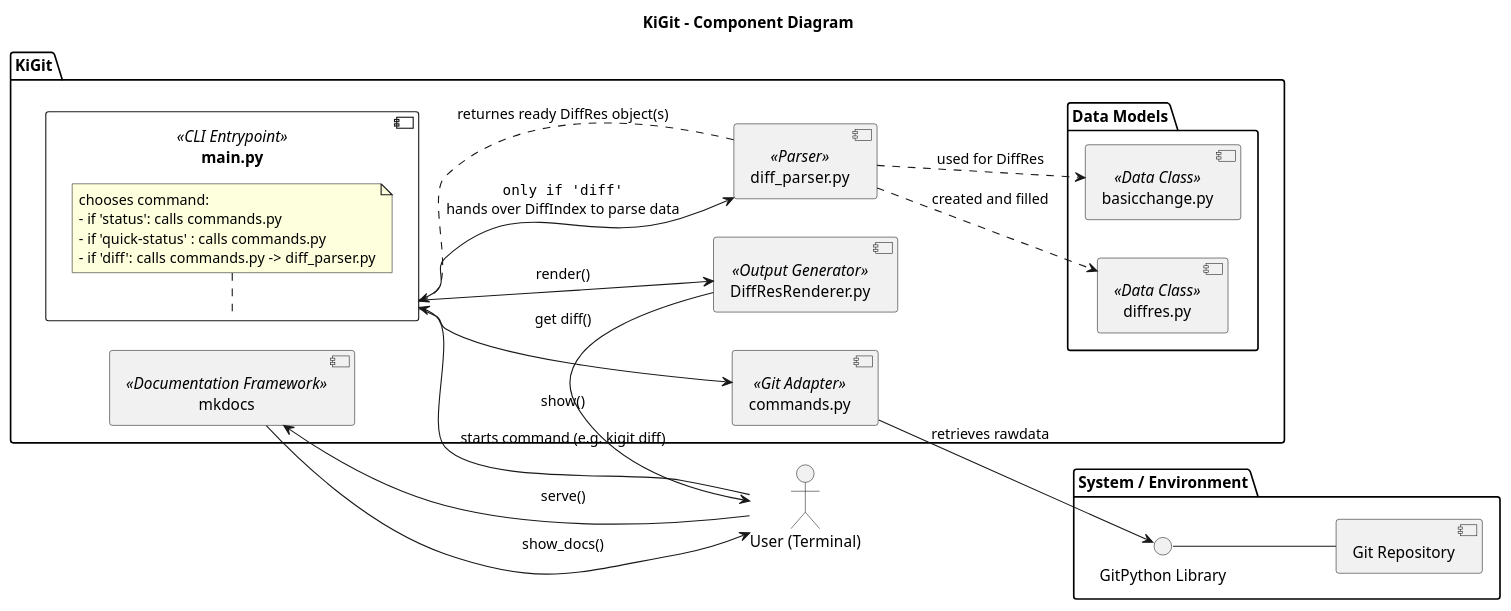
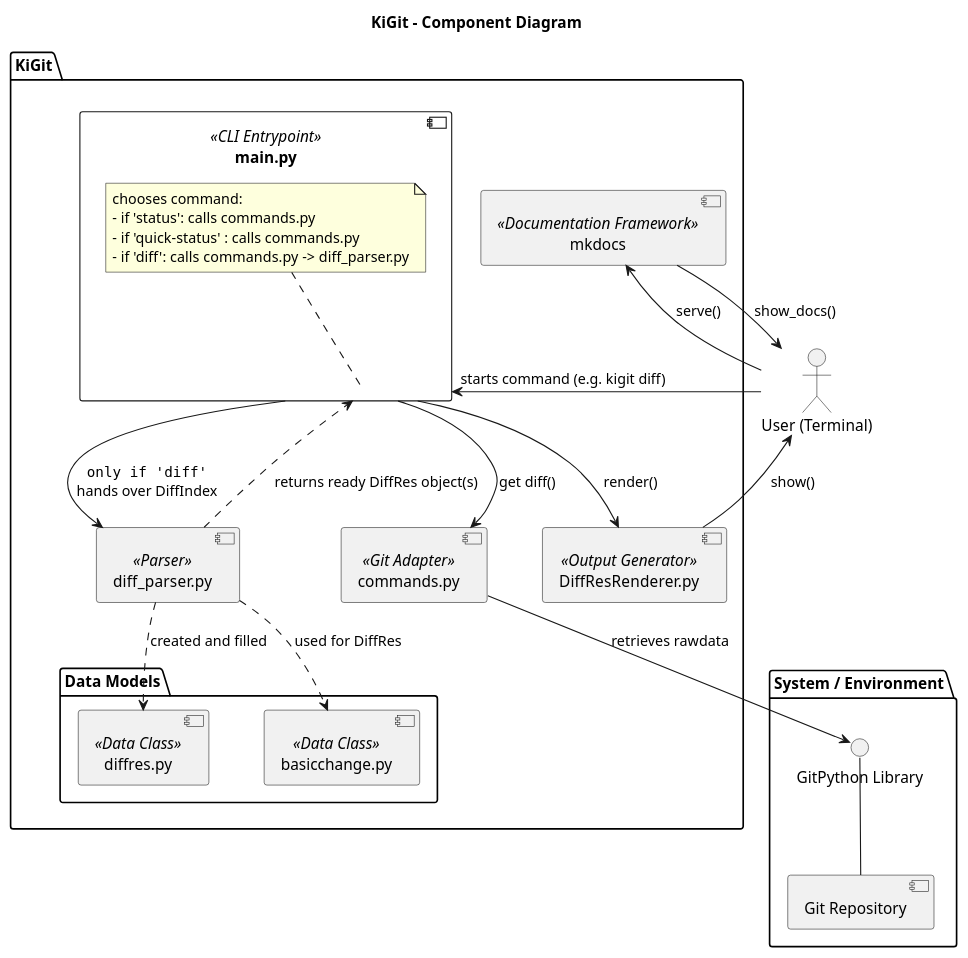
One commit to Ddragon1000/KiGit-AutoIntern-Team-Projektkopie- changed the diagram in KiGit/graphs/component_diagram.puml. Above: the diagram before and after it, drawn with PlantUML.

Commit message:
created better spacing

```diff
--- a/KiGit/graphs/component_diagram.puml
+++ b/KiGit/graphs/component_diagram.puml
@@ -1,54 +1,64 @@
 @startuml "Component Diagram KiGit"
+'layout optimization
+'spacing between layer
+skinparam ranksep 50
+'spacing between elements on same layer
+skinparam nodesep 50
+'spacing between each arrow/liens
+skinparam linetype orhto 
+'alternative polyline
+
+
 title KiGit - Component Diagram
 
-left to right direction
+'left to right direction
 
 actor "User (Terminal)" as user
 
 package "KiGit" {
 	component [main.py] as main <<CLI Entrypoint>> {
 		note top of main
 			chooses command:
 			- if 'status': calls commands.py
 			- if 'quick-status' : calls commands.py
 			- if 'diff': calls commands.py -> diff_parser.py
 		end note
 	}
 	component [commands.py] as commands <<Git Adapter>>
 	component [diff_parser.py] as parser <<Parser>>
 
 	package "Data Models" {
 		component [diffres.py] as diffres <<Data Class>>
 		component [basicchange.py] as basicchange <<Data Class>>
 	}
 
 	component [DiffResRenderer.py] as renderer <<Output Generator>>
 
 	component [mkdocs] as docs <<Documentation Framework>>
 }
 
 package "System / Environment" {
 	[Git Repository] as gitrepo
 	() "GitPython Library" as gitpy
 }
 
 user --> main : starts command (e.g. kigit diff)
 
 main --> commands : get diff()
 commands --> gitpy : retrieves rawdata
 gitpy -- gitrepo
 
-main --> parser : ""only if 'diff'""\nhands over DiffIndex to parse data
+main --> parser : ""only if 'diff'""\nhands over DiffIndex
 
 parser ..> diffres : created and filled
 parser ..> basicchange : used for DiffRes
 
-parser ..> main : returnes ready DiffRes object(s)
+parser ..> main : returns ready DiffRes object(s)
 
 main --> renderer : render()
 renderer --> user : show()
 
 user --> docs : serve()
 docs --> user : show_docs()
 
 @enduml
```
